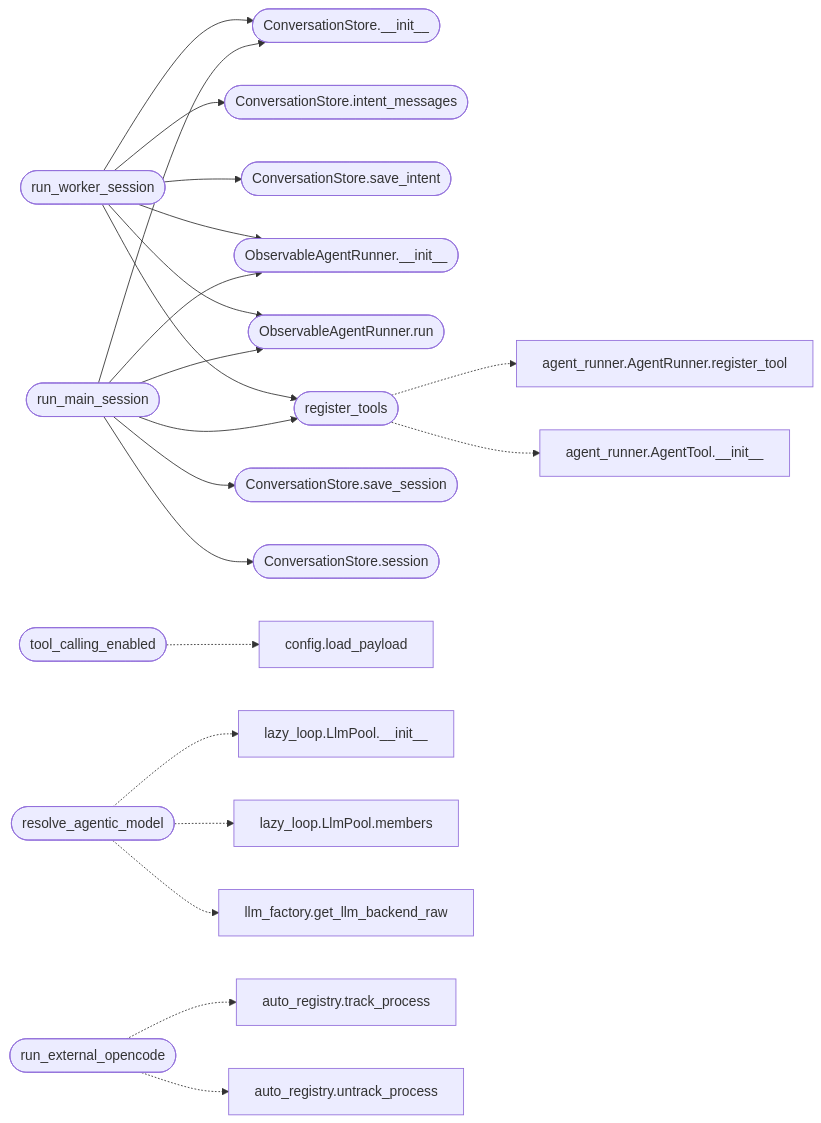
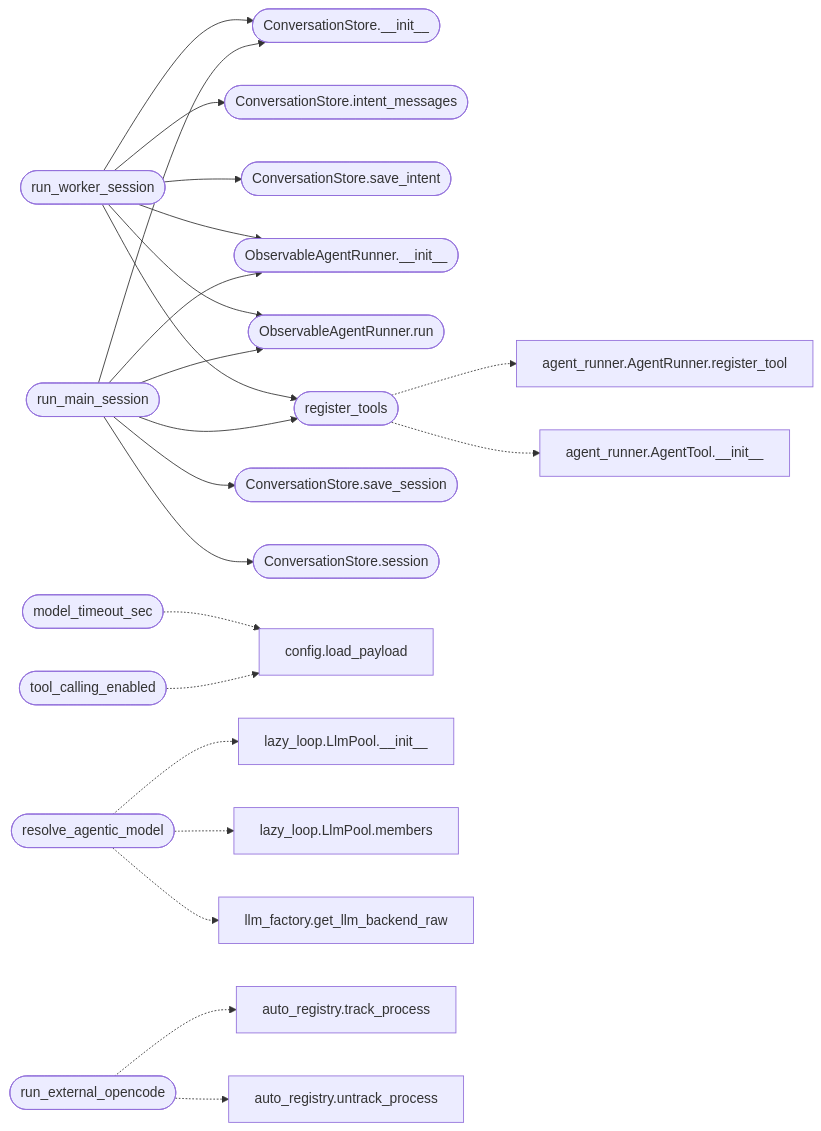
The second of 2 diagrams in readmenator-apidocs/modules/modules.lazy_agent.py.md (grisuno/LazyOwn), drawn with Mermaid before and after one commit. The commit also changed other lines of this file and 325 other files, not shown here.

````diff
--- a/readmenator-apidocs/modules/modules.lazy_agent.py.md
+++ b/readmenator-apidocs/modules/modules.lazy_agent.py.md
@@ -52,44 +52,46 @@
 ```mermaid
 flowchart LR
     n_modules_lazy_agent_py__run_worker_session(["run_worker_session"])
     n_modules_lazy_agent_py__ConversationStore___init__(["ConversationStore.__init__"])
     n_modules_lazy_agent_py__ConversationStore_intent_messages(["ConversationStore.intent_messages"])
     n_modules_lazy_agent_py__ConversationStore_save_intent(["ConversationStore.save_intent"])
     n_modules_lazy_agent_py__ObservableAgentRunner___init__(["ObservableAgentRunner.__init__"])
     n_modules_lazy_agent_py__ObservableAgentRunner_run(["ObservableAgentRunner.run"])
     n_modules_lazy_agent_py__register_tools(["register_tools"])
     n_modules_lazy_agent_py__run_main_session(["run_main_session"])
     n_modules_lazy_agent_py__ConversationStore_save_session(["ConversationStore.save_session"])
     n_modules_lazy_agent_py__ConversationStore_session(["ConversationStore.session"])
+    n_modules_lazy_agent_py__model_timeout_sec(["model_timeout_sec"])
+    n_core_config_py__load_payload["config.load_payload"]
     n_modules_lazy_agent_py__tool_calling_enabled(["tool_calling_enabled"])
-    n_core_config_py__load_payload["config.load_payload"]
     n_modules_lazy_agent_py__resolve_agentic_model(["resolve_agentic_model"])
     n_modules_lazy_loop_py__LlmPool___init__["lazy_loop.LlmPool.__init__"]
     n_modules_lazy_loop_py__LlmPool_members["lazy_loop.LlmPool.members"]
     n_modules_llm_factory_py__get_llm_backend_raw["llm_factory.get_llm_backend_raw"]
     n_modules_agent_runner_py__AgentRunner_register_tool["agent_runner.AgentRunner.register_tool"]
     n_modules_agent_runner_py__AgentTool___init__["agent_runner.AgentTool.__init__"]
     n_modules_lazy_agent_py__run_external_opencode(["run_external_opencode"])
     n_modules_auto_registry_py__track_process["auto_registry.track_process"]
     n_modules_auto_registry_py__untrack_process["auto_registry.untrack_process"]
     n_modules_lazy_agent_py__run_worker_session --> n_modules_lazy_agent_py__ConversationStore___init__
     n_modules_lazy_agent_py__run_worker_session --> n_modules_lazy_agent_py__ConversationStore_intent_messages
     n_modules_lazy_agent_py__run_worker_session --> n_modules_lazy_agent_py__ConversationStore_save_intent
     n_modules_lazy_agent_py__run_worker_session --> n_modules_lazy_agent_py__ObservableAgentRunner___init__
     n_modules_lazy_agent_py__run_worker_session --> n_modules_lazy_agent_py__ObservableAgentRunner_run
     n_modules_lazy_agent_py__run_worker_session --> n_modules_lazy_agent_py__register_tools
     n_modules_lazy_agent_py__run_main_session --> n_modules_lazy_agent_py__ConversationStore___init__
     n_modules_lazy_agent_py__run_main_session --> n_modules_lazy_agent_py__ConversationStore_save_session
     n_modules_lazy_agent_py__run_main_session --> n_modules_lazy_agent_py__ConversationStore_session
     n_modules_lazy_agent_py__run_main_session --> n_modules_lazy_agent_py__ObservableAgentRunner___init__
     n_modules_lazy_agent_py__run_main_session --> n_modules_lazy_agent_py__ObservableAgentRunner_run
     n_modules_lazy_agent_py__run_main_session --> n_modules_lazy_agent_py__register_tools
+    n_modules_lazy_agent_py__model_timeout_sec -.-> n_core_config_py__load_payload
     n_modules_lazy_agent_py__tool_calling_enabled -.-> n_core_config_py__load_payload
     n_modules_lazy_agent_py__resolve_agentic_model -.-> n_modules_lazy_loop_py__LlmPool___init__
     n_modules_lazy_agent_py__resolve_agentic_model -.-> n_modules_lazy_loop_py__LlmPool_members
     n_modules_lazy_agent_py__resolve_agentic_model -.-> n_modules_llm_factory_py__get_llm_backend_raw
     n_modules_lazy_agent_py__register_tools -.-> n_modules_agent_runner_py__AgentRunner_register_tool
     n_modules_lazy_agent_py__register_tools -.-> n_modules_agent_runner_py__AgentTool___init__
     n_modules_lazy_agent_py__run_external_opencode -.-> n_modules_auto_registry_py__track_process
     n_modules_lazy_agent_py__run_external_opencode -.-> n_modules_auto_registry_py__untrack_process
 ```
````
